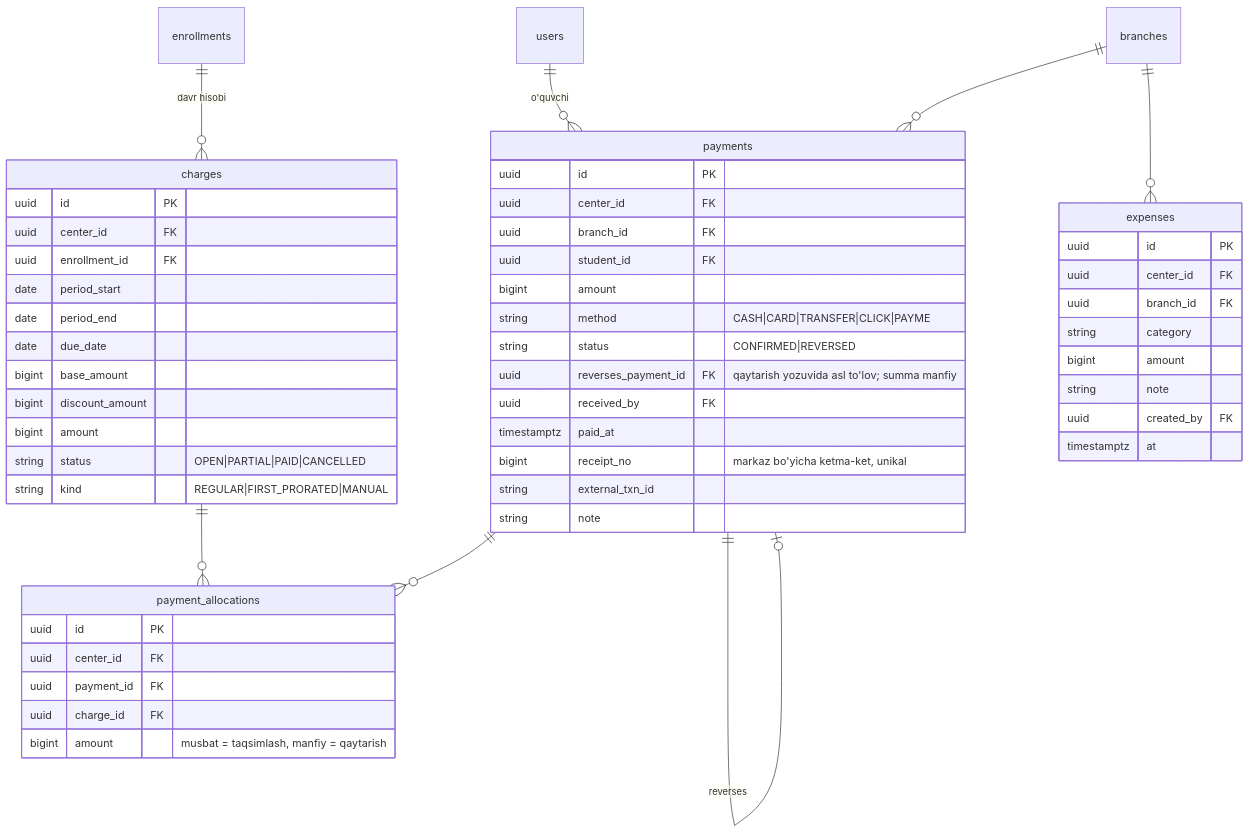
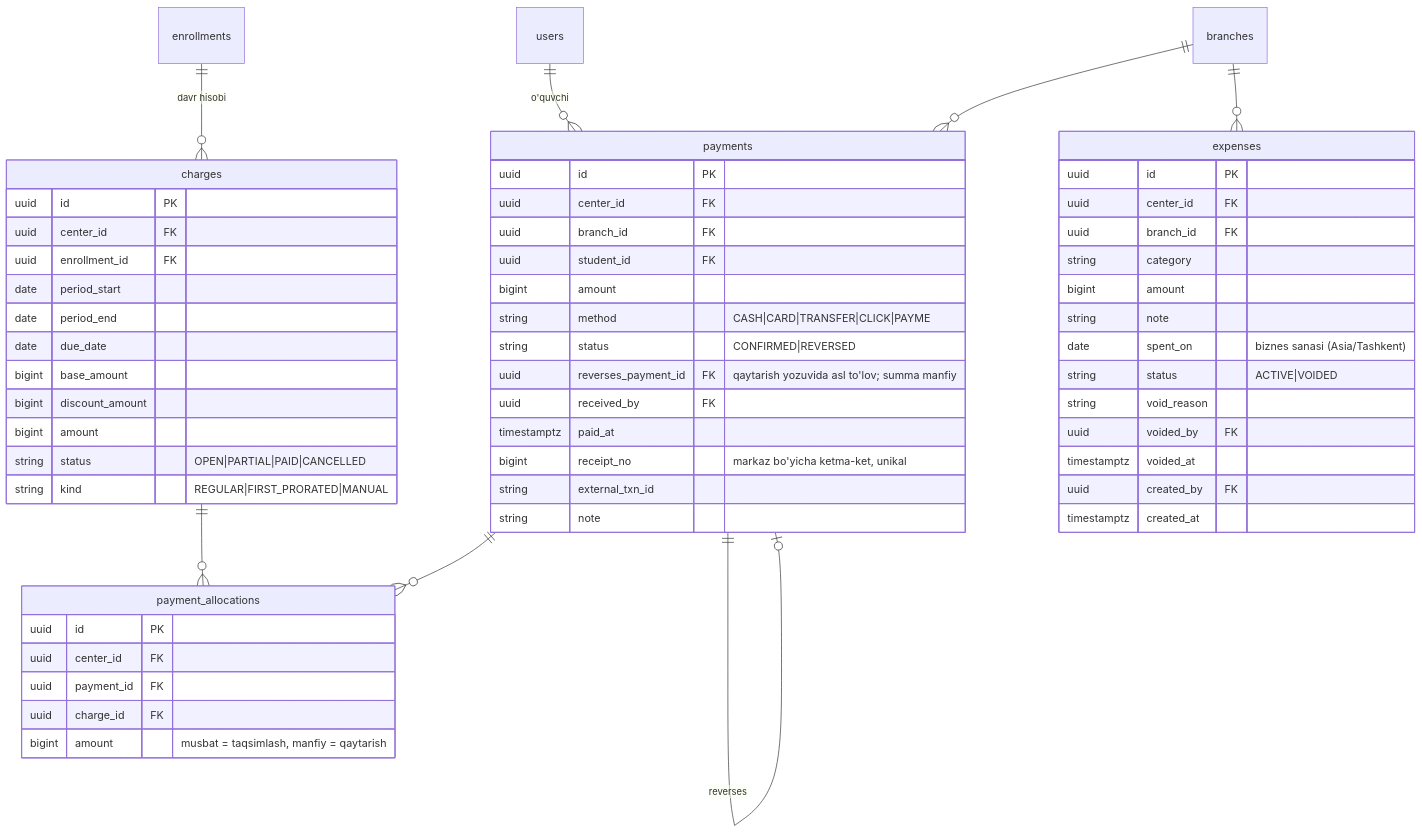
The third of 4 diagrams in ERD-VA-RUXSATLAR.md (sirojjontoshmurodov7-bit/ERP), drawn with Mermaid before and after one commit. The commit also changed other lines of this file and 24 other files, not shown here.

````diff
--- a/ERD-VA-RUXSATLAR.md
+++ b/ERD-VA-RUXSATLAR.md
@@ -308,56 +308,61 @@
 ```mermaid
 erDiagram
     enrollments ||--o{ charges : "davr hisobi"
     charges ||--o{ payment_allocations : ""
     payments ||--o{ payment_allocations : ""
     users ||--o{ payments : "o'quvchi"
     payments ||--o| payments : "reverses"
     branches ||--o{ payments : ""
     branches ||--o{ expenses : ""
 
     charges {
         uuid id PK
         uuid center_id FK
         uuid enrollment_id FK
         date period_start
         date period_end
         date due_date
         bigint base_amount
         bigint discount_amount
         bigint amount
         string status "OPEN|PARTIAL|PAID|CANCELLED"
         string kind "REGULAR|FIRST_PRORATED|MANUAL"
     }
     payments {
         uuid id PK
         uuid center_id FK
         uuid branch_id FK
         uuid student_id FK
         bigint amount
         string method "CASH|CARD|TRANSFER|CLICK|PAYME"
         string status "CONFIRMED|REVERSED"
         uuid reverses_payment_id FK "qaytarish yozuvida asl to'lov; summa manfiy"
         uuid received_by FK
         timestamptz paid_at
         bigint receipt_no "markaz bo'yicha ketma-ket, unikal"
         string external_txn_id
         string note
     }
     payment_allocations {
         uuid id PK
         uuid center_id FK
         uuid payment_id FK
         uuid charge_id FK
         bigint amount "musbat = taqsimlash, manfiy = qaytarish"
     }
     expenses {
         uuid id PK
         uuid center_id FK
         uuid branch_id FK
         string category
         bigint amount
         string note
+        date spent_on "biznes sanasi (Asia/Tashkent)"
+        string status "ACTIVE|VOIDED"
+        string void_reason
+        uuid voided_by FK
+        timestamptz voided_at
         uuid created_by FK
-        timestamptz at
+        timestamptz created_at
     }
 ```
````
